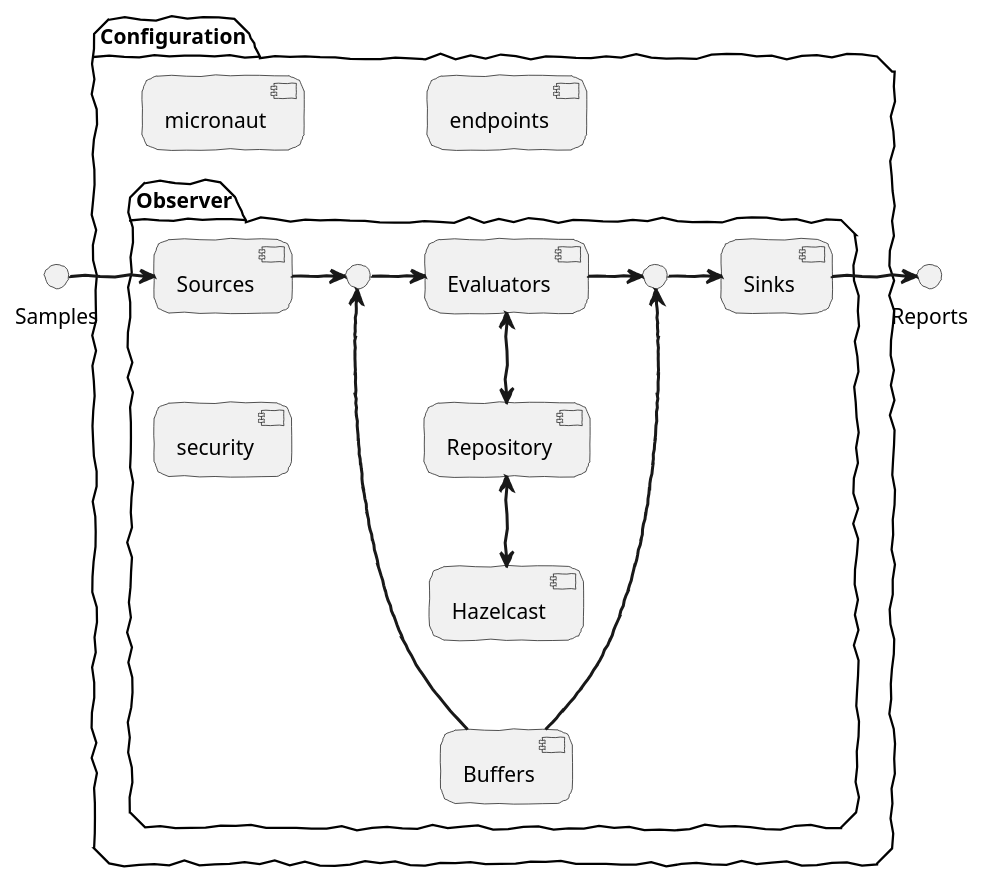
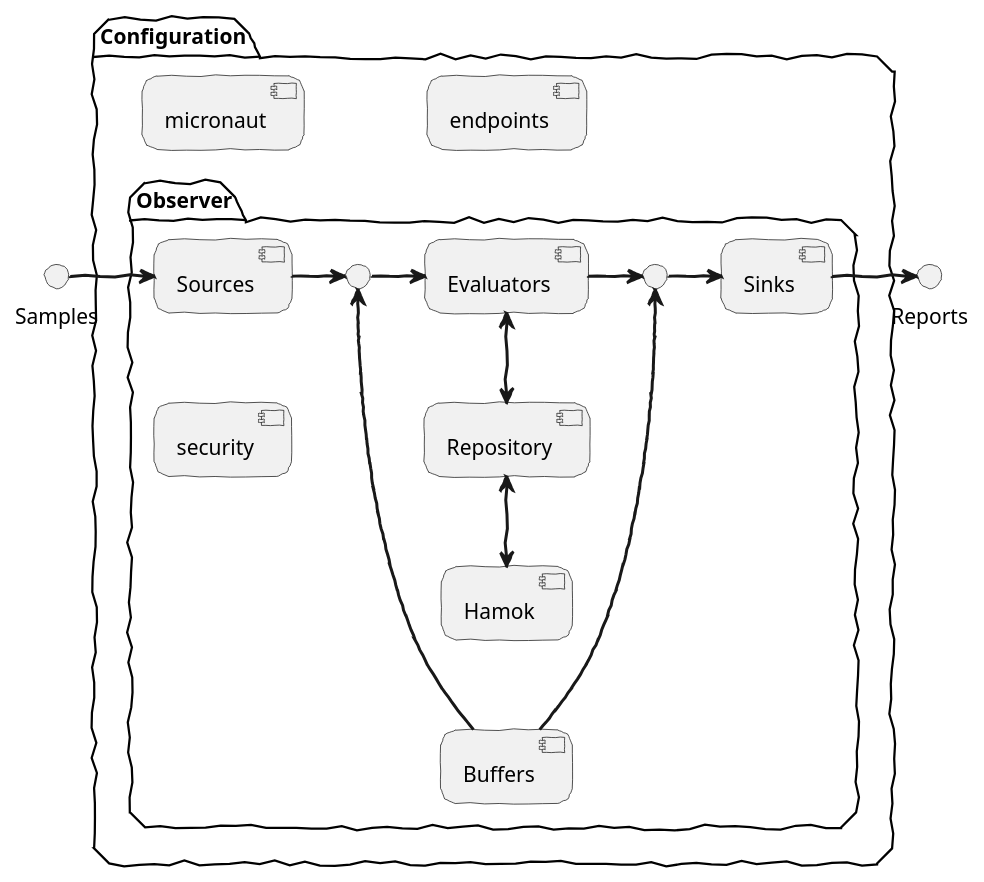
One commit to ObserveRTC/observer-service changed the diagram in docs/plantumls/configuration-overview.puml. Above: the diagram before and after it, drawn with PlantUML. The commit also changed 244 other files, not shown here.

```diff
--- a/docs/plantumls/configuration-overview.puml
+++ b/docs/plantumls/configuration-overview.puml
@@ -1,49 +1,49 @@
 @startuml
 skinparam handwritten true
 skinparam roundcorner 20
 skinparam monochrome true
 skinparam arrowThickness 2
 skinparam BoxPadding 60
 
 
 package "Configuration" #transparent {
     [micronaut]
     [endpoints]
     package "Observer" #transparent {
         [security]
         () " " as collector_1
         () " " as collector_2
     	[Sources]
         [Evaluators]
         [Repository]
-        [Hazelcast]
+        [Hamok]
         [Sinks]
         [Buffers]
     }
 
 
 }
 
 () "Samples" as clients
 () "Reports" as reports
 
 
 clients -r-> [Sources]
 [Sources] -r-> collector_1
 collector_1 -r-> [Evaluators]
 [Evaluators] <-d-> [Repository]
-[Repository] <-d-> [Hazelcast]
+[Repository] <-d-> [Hamok]
 [Evaluators] -r-> collector_2
 collector_2 -r-> [Sinks]
 [Sinks] -r-> reports
 
-[Hazelcast] -[hidden]-> [Buffers]
+[Hamok] -[hidden]-> [Buffers]
 [Buffers] -u-> collector_1
 [Buffers] -u-> collector_2
 
 [micronaut] -[hidden]d-> [Sources]
 [endpoints] -[hidden]d-> [Evaluators]
 [security] -[hidden]u-> [Sources]
 
 
 @enduml
```
